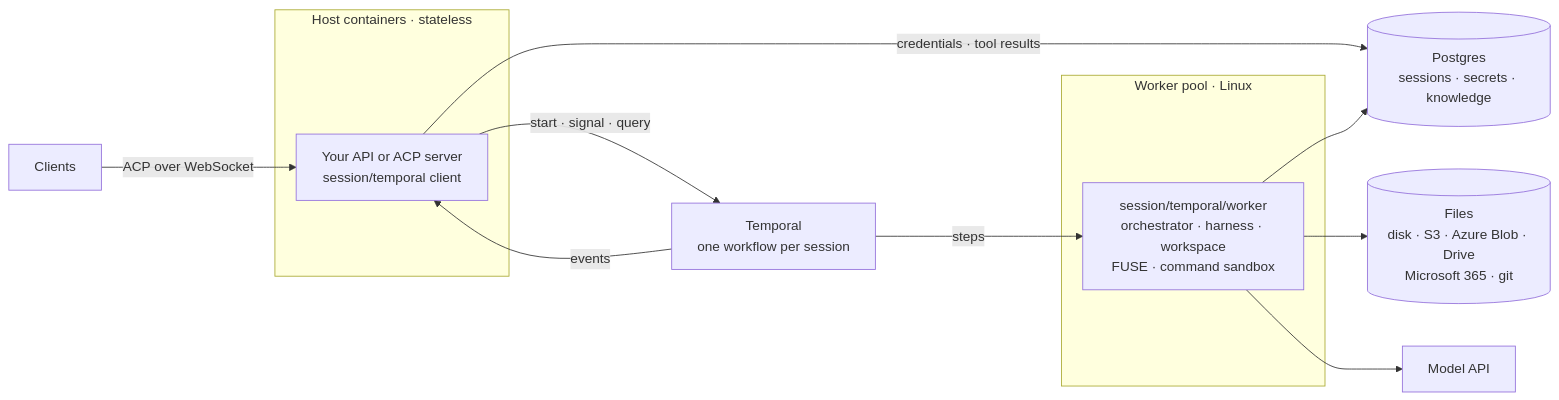
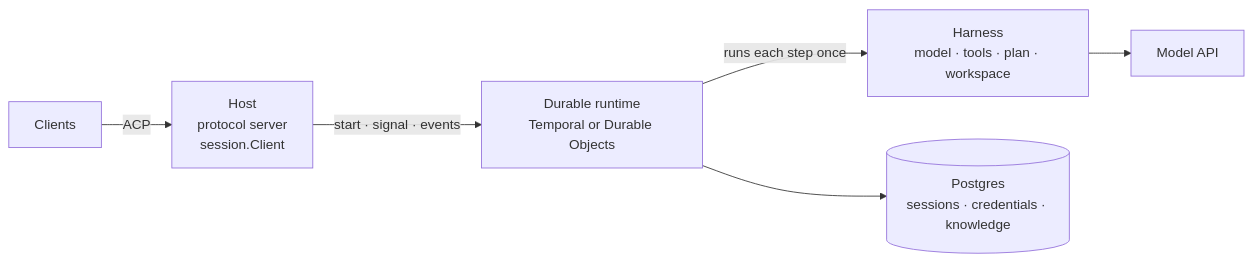
The diagram in README.md (Ryanaldo34/tacklr), drawn with Mermaid before and after one commit. The commit also changed other lines of this file and 11 other files, not shown here.

````diff
--- a/README.md
+++ b/README.md
@@ -70,23 +122,8 @@
 ```mermaid
 flowchart LR
-    clients["Clients"]
-    subgraph hosts["Host containers · stateless"]
-        host["Your API or ACP server<br/>session/temporal client"]
-    end
-    temporal["Temporal<br/>one workflow per session"]
-    subgraph workers["Worker pool · Linux"]
-        worker["session/temporal/worker<br/>orchestrator · harness · workspace<br/>FUSE · command sandbox"]
-    end
-    pg[("Postgres<br/>sessions · secrets · knowledge")]
-    files[("Files<br/>disk · S3 · Azure Blob · Drive<br/>Microsoft 365 · git")]
-    model["Model API"]
-
-    clients -- "ACP over WebSocket" --> host
-    host -- "start · signal · query" --> temporal
-    temporal -- "events" --> host
-    temporal -- "steps" --> worker
-    host -- "credentials · tool results" --> pg
-    worker --> pg
-    worker --> files
-    worker --> model
+    clients["Clients"] -- "ACP" --> host["Host<br/>protocol server<br/>session.Client"]
+    host -- "start · signal · events" --> runtime["Durable runtime<br/>Temporal or Durable Objects"]
+    runtime -- "runs each step once" --> harness["Harness<br/>model · tools · plan · workspace"]
+    harness --> model["Model API"]
+    runtime --> stores[("Postgres<br/>sessions · credentials · knowledge")]
 ```
````
